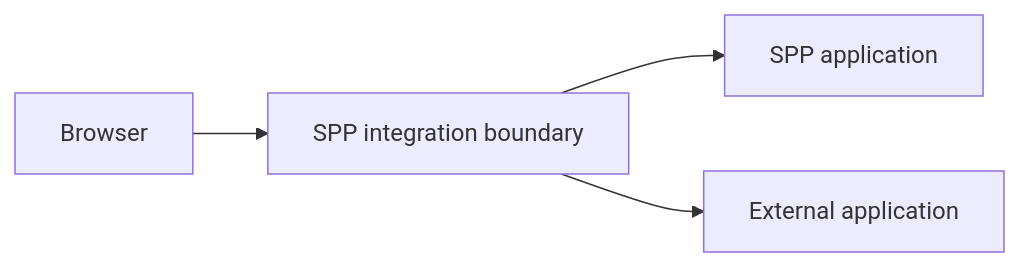
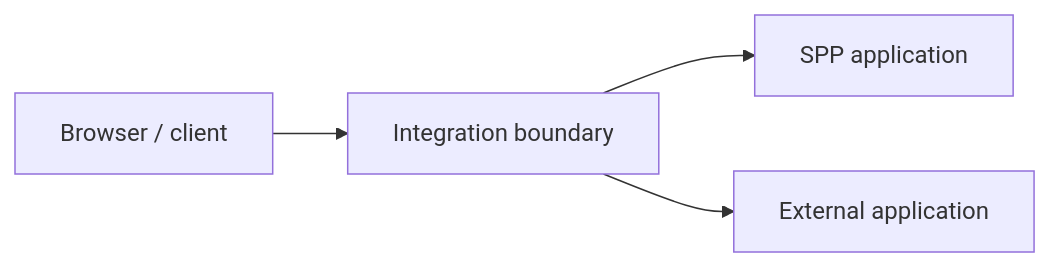
The fifth of 9 diagrams in documentation/handbook/21-enterprise-architecture-and-deployment.md (shuklasp/spp), drawn with Mermaid before and after one commit. The commit also changed other lines of this file, not shown here.

Commit message:
docs: reconcile enterprise architecture boundaries

````diff
--- a/documentation/handbook/21-enterprise-architecture-and-deployment.md
+++ b/documentation/handbook/21-enterprise-architecture-and-deployment.md
@@ -152,6 +98,6 @@
 ```mermaid
 flowchart LR
-    U[Browser] --> I[SPP integration boundary]
+    U[Browser / client] --> I[Integration boundary]
     I --> S[SPP application]
     I --> X[External application]
 ```
````
